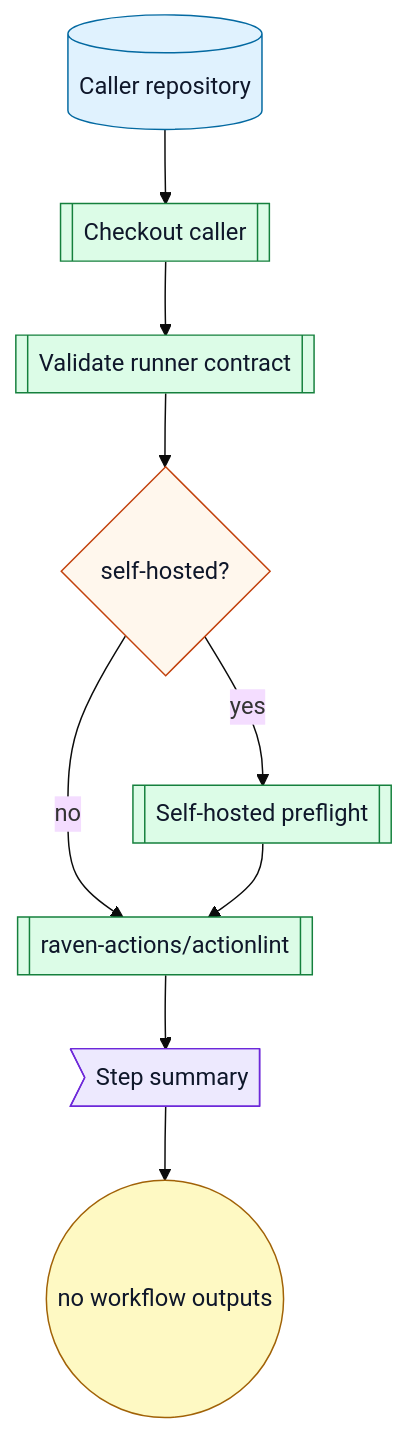
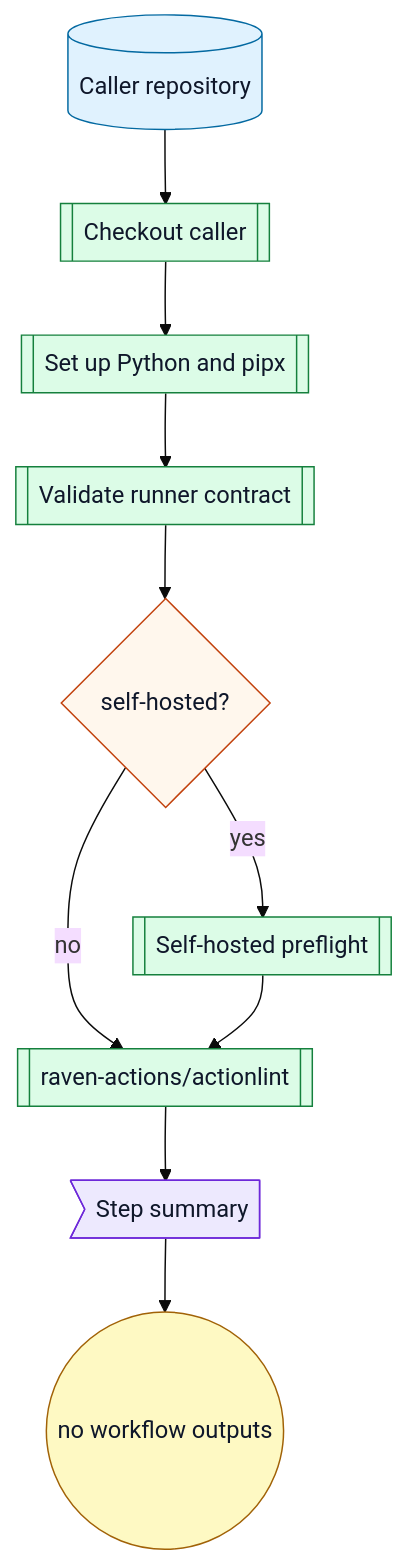
The fifth of 15 diagrams in docs/workflow-catalog.md (ArkanisCorporation/ci), drawn with Mermaid (base theme) before and after one commit. The commit also changed other lines of this file and 2 other files, not shown here.

Commit message:
fix(gha): report python setup in workflow lint
Record Python and pipx versions after the lint workflow setup step and include them in the job summary.

Update workflow catalog and validation so the reporting remains part of the lint workflow contract.

````diff
--- a/docs/workflow-catalog.md
+++ b/docs/workflow-catalog.md
@@ -774,22 +774,23 @@
 ```mermaid
 flowchart TD
   caller[("Caller repository")] --> checkout[[Checkout caller]]
-  checkout --> validate[[Validate runner contract]]
+  checkout --> python[[Set up Python and pipx]]
+  python --> validate[[Validate runner contract]]
   validate --> preflight{self-hosted?}
   preflight -->|yes| sh[[Self-hosted preflight]]
   preflight -->|no| lint[[raven-actions/actionlint]]
   sh --> lint
   lint --> summary>Step summary]
   summary --> outputs(("no workflow outputs"))
   classDef repo fill:#e0f2fe,stroke:#0369a1,color:#0f172a
   classDef action fill:#dcfce7,stroke:#15803d,color:#0f172a
   classDef decision fill:#fff7ed,stroke:#c2410c,color:#0f172a
   classDef artifact fill:#ede9fe,stroke:#6d28d9,color:#0f172a
   classDef output fill:#fef9c3,stroke:#a16207,color:#0f172a
   classDef external fill:#f8fafc,stroke:#475569,stroke-dasharray: 4 3,color:#0f172a
   class caller repo
-  class checkout,validate,sh,lint action
+  class checkout,python,validate,sh,lint action
   class preflight decision
   class summary artifact
   class outputs output
 ```
````
